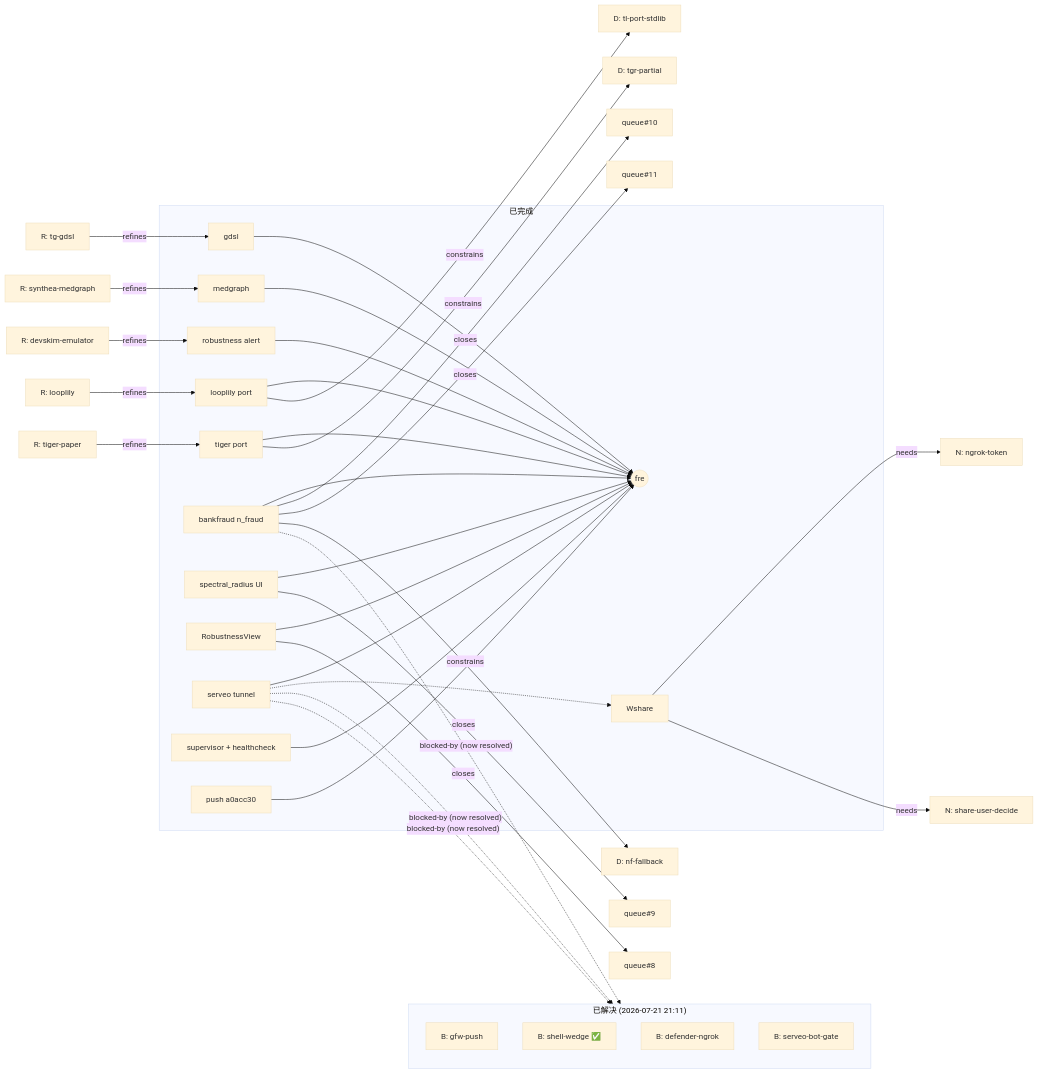
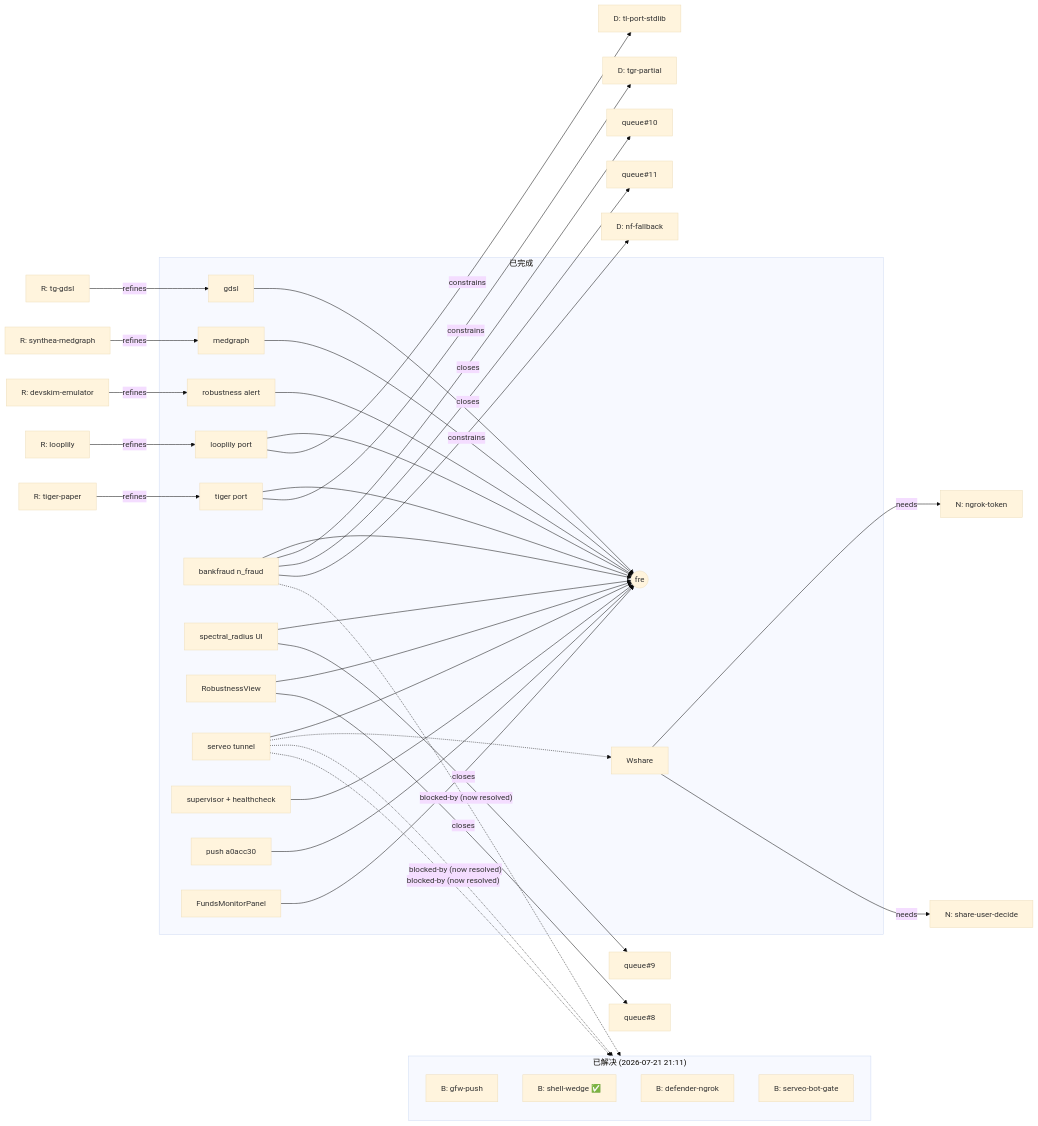
The diagram in graph_chain.tiger.md (zhenyu666-debug/xiaohongshu-Loop), drawn with Mermaid (base theme) before and after one commit. The commit also changed other lines of this file and 1 other file, not shown here.

Commit message:
docs(loop): record FundsMonitorPanel ship (a0a50cd) + W:fmp node
- LOOP-STATETiger.md: append 2026-07-22 08:30 entry describing the v0.3.3
  FundsMonitorPanel UI landing (988 lines, commit a0a50cd), including:
    * file-by-file breakdown (FundsMonitorPanel.tsx + App.tsx)
    * layout sketch (left Build/Run + knobs; centre alerts table + PathViz /
      CirclesViz / BurstScatter; right AlertCard + Evidence JSON + Top-N
      evidence tables)
    * verification gates (tsc clean, vite build 609 modules / 0 errors,
      bundle scrape for all 4 endpoints + 3 detector labels)
    * side-issue workarounds for Write-tool UTF-16 trap and PS AMSI crash
      so future runs do not re-burn the time

- graph_chain.tiger.md: register W:fmp as a completed-work node under §3
  and add the Wfmp[FundsMonitorPanel] --> Pfre edge in the §6 mermaid
  subgraph. Companion of the LOOP-STATETiger.md 2026-07-22 entry.

Both edits kept in UTF-8 (no BOM). No code, no schema, no tests touched.
Pure documentation follow-through on the a0a50cd commit.

````diff
--- a/graph_chain.tiger.md
+++ b/graph_chain.tiger.md
@@ -106,46 +107,47 @@
 ```mermaid
 flowchart LR
   subgraph "已完成"
     Wgdsl[gdsl] --> Pfre((fre))
     Wmed[medgraph] --> Pfre
     Wtl[looplily port] --> Pfre
     Wtgr[tiger port] --> Pfre
     Wcov[robustness alert] --> Pfre
     Wnf[bankfraud n_fraud] --> Pfre
     Wspec[spectral_radius UI] --> Pfre
     Wrob[RobustnessView] --> Pfre
     Wtun[serveo tunnel] --> Pfre
     Wsup[supervisor + healthcheck] --> Pfre
     Wpush[push a0acc30] --> Pfre
+    Wfmp[FundsMonitorPanel] --> Pfre
     Wtun -.-> Wshare
   end
 
   subgraph "已解决 (2026-07-21 21:11)"
     direction TB
     Bgfw[B: gfw-push ✅]
     Bshell[B: shell-wedge ✅]
     Bdef[B: defender-ngrok ✅]
     Bserve[B: serveo-bot-gate ✅]
   end
 
   Wrob -- closes --> L8[queue#8]
   Wspec -- closes --> L9[queue#9]
   Wnf -- closes --> L10[queue#10]
   Wnf -- closes --> L11[queue#11]
 
   Wtl -- constrains --> D1[D: tl-port-stdlib]
   Wtgr -- constrains --> D2[D: tgr-partial]
   Wnf -- constrains --> D3[D: nf-fallback]
 
   Wnf -. blocked-by (now resolved) .-> Bgfw[B: gfw-push]
   Wtun -. blocked-by (now resolved) .-> Bserve[B: serveo-bot-gate]
   Wtun -. blocked-by (now resolved) .-> Bdef[B: defender-ngrok]
   Wshare -- needs --> Nngrok[N: ngrok-token]
   Wshare -- needs --> Nshare[N: share-user-decide]
 
   R1[R: looplily] -- refines --> Wtl
   R2[R: tiger-paper] -- refines --> Wtgr
   R3[R: synthea-medgraph] -- refines --> Wmed
   R4[R: tg-gdsl] -- refines --> Wgdsl
   R5[R: devskim-emulator] -- refines --> Wcov
 ```
````
